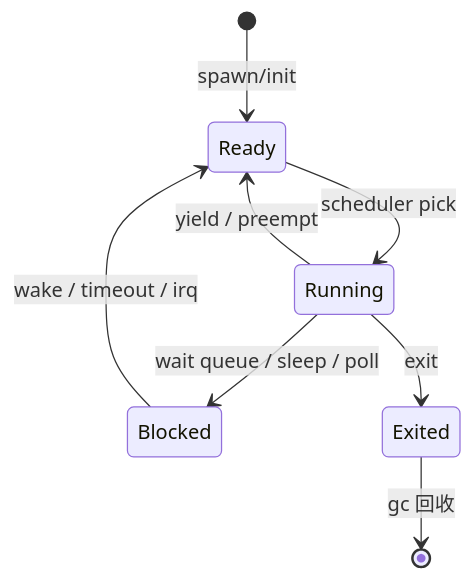
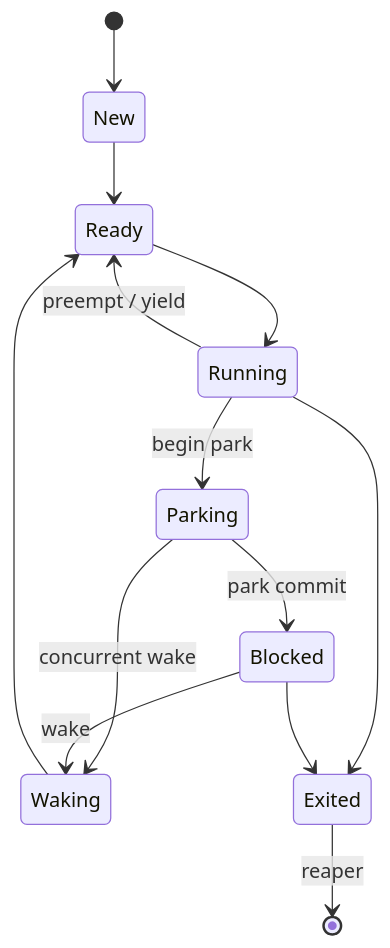
Before and after one commit to rcore-os/tgoskits: the second of 2 diagrams in docs/docs/components/crates/ax-task.md, drawn with Mermaid. The commit also changed other lines of this file and 333 other files, not shown here.

````diff
--- a/docs/docs/components/crates/ax-task.md
+++ b/docs/docs/components/crates/ax-task.md
@@ -60,10 +56,15 @@
 ```mermaid
 stateDiagram-v2
-    [*] --> Ready: spawn/init
-    Ready --> Running: scheduler pick
-    Running --> Ready: yield / preempt
-    Running --> Blocked: wait queue / sleep / poll
-    Blocked --> Ready: wake / timeout / irq
-    Running --> Exited: exit
-    Exited --> [*]: gc 回收
+    [*] --> New
+    New --> Ready
+    Ready --> Running
+    Running --> Ready: preempt / yield
+    Running --> Parking: begin park
+    Parking --> Blocked: park commit
+    Parking --> Waking: concurrent wake
+    Blocked --> Waking: wake
+    Waking --> Ready
+    Running --> Exited
+    Blocked --> Exited
+    Exited --> [*]: reaper
 ```
````
